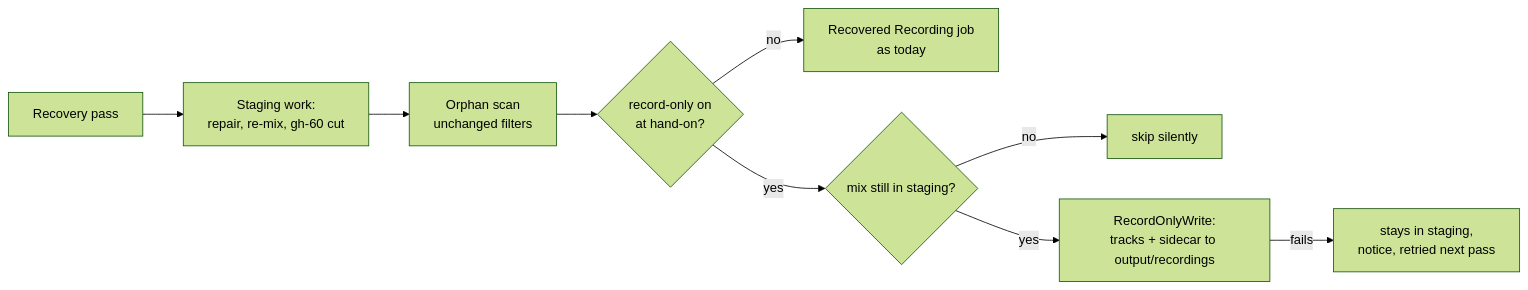
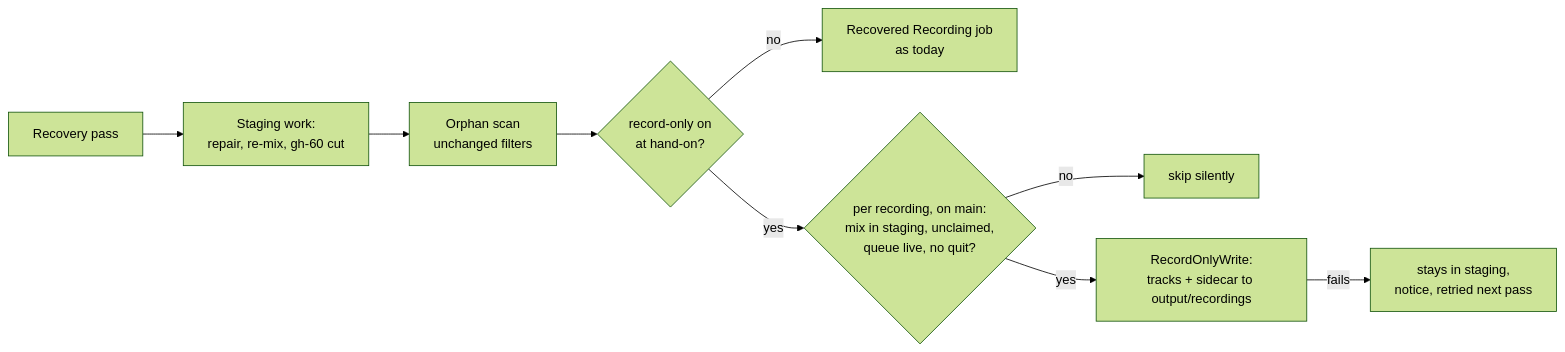
One commit to wapp-its/meeting-transcriber changed the diagram in .flow/specs/gh-77-record-only-mode-file-a-recording.md. Above: the diagram before and after it, drawn with Mermaid (forest theme). The commit also changed other lines of this file and 1 other file, not shown here.

First line of the commit message:
chore(flow): plan review gh-77-record-only-mode-file-a-recording round 1 fixes

````diff
--- a/.flow/specs/gh-77-record-only-mode-file-a-recording.md
+++ b/.flow/specs/gh-77-record-only-mode-file-a-recording.md
@@ -43,11 +45,11 @@
 ```mermaid
 flowchart LR
   P[Recovery pass] --> W[Staging work:<br/>repair, re-mix, gh-60 cut]
   W --> S[Orphan scan<br/>unchanged filters]
   S --> M{record-only on<br/>at hand-on?}
   M -->|no| J[Recovered Recording job<br/>as today]
-  M -->|yes| G{mix still in staging?}
+  M -->|yes| G{per recording, on main:<br/>mix in staging, unclaimed,<br/>queue live, no quit?}
   G -->|no| X[skip silently]
   G -->|yes| R[RecordOnlyWrite:<br/>tracks + sidecar to output/recordings]
   R -->|fails| K[stays in staging,<br/>notice, retried next pass]
 ```
````
